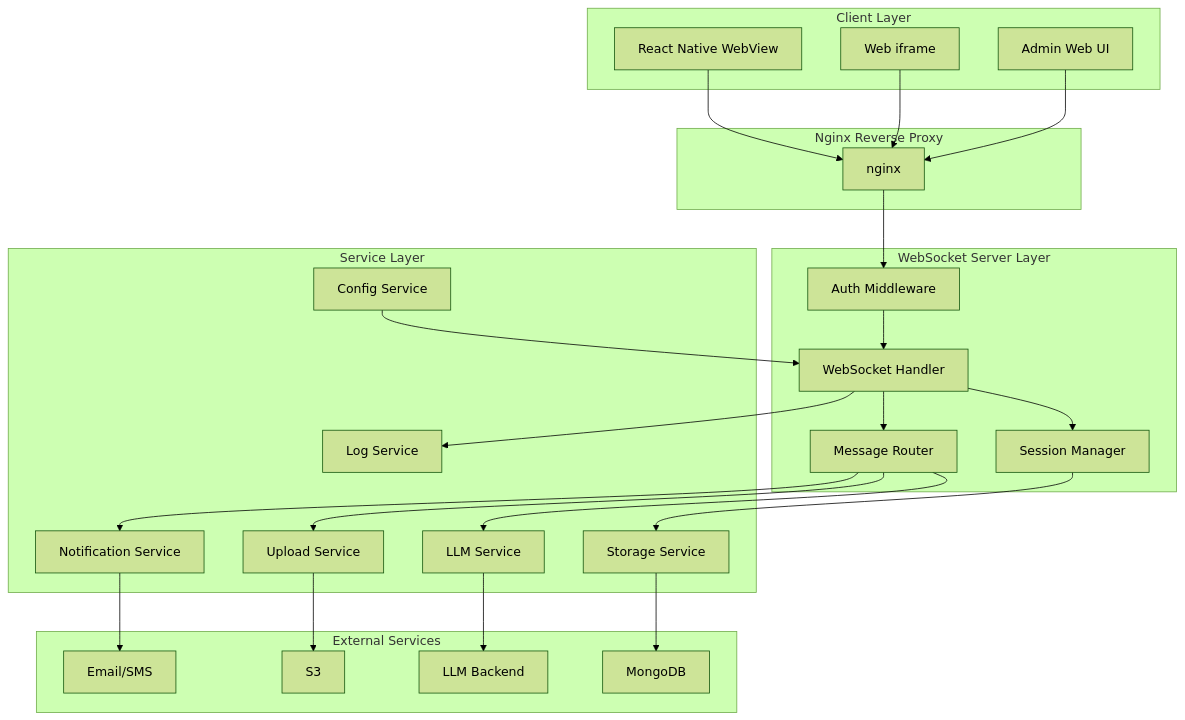
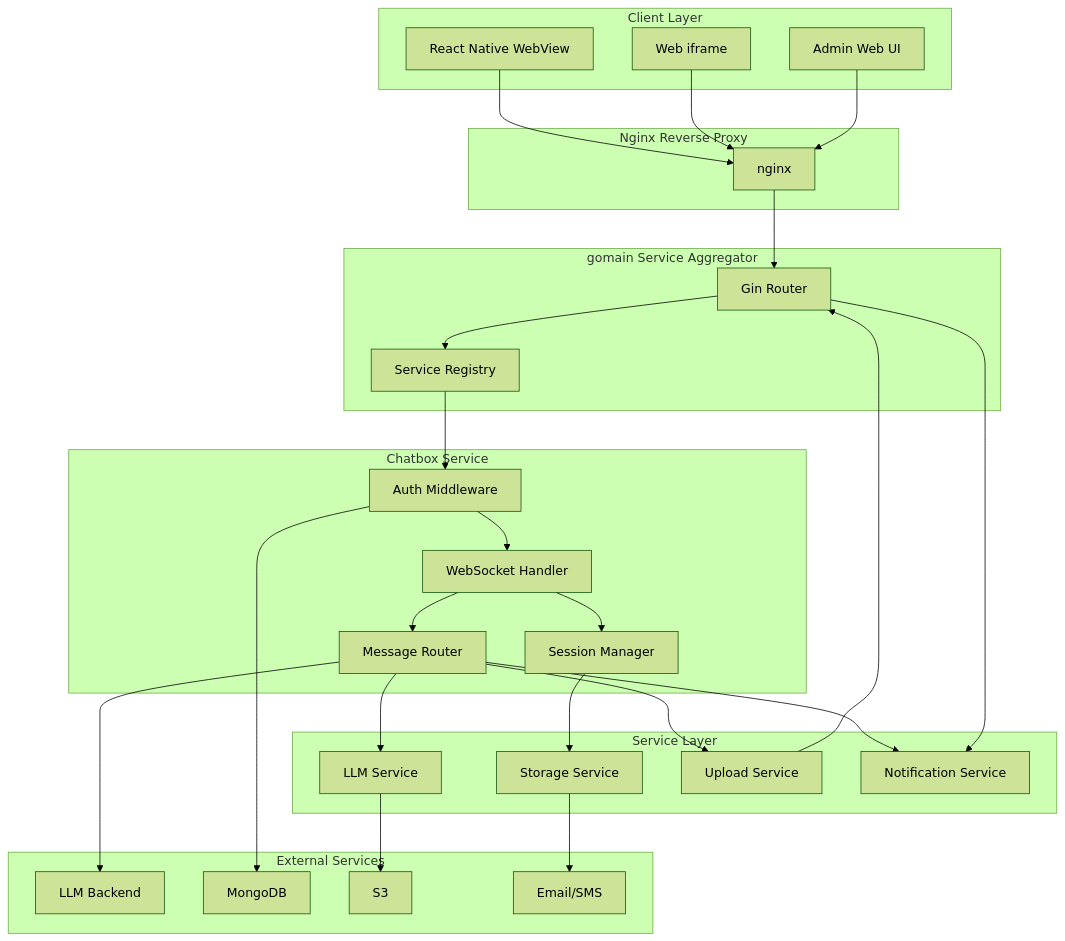
One commit to real-rm/chatbox changed the diagram in .kiro/specs/chat-application-websocket/design.md. Above: the diagram before and after it, drawn with Mermaid (forest theme). The commit also changed other lines of this file and 49 other files, not shown here.

````diff
--- a/.kiro/specs/chat-application-websocket/design.md
+++ b/.kiro/specs/chat-application-websocket/design.md
@@ -20,53 +60,58 @@
 ```mermaid
 graph TB
     subgraph "Client Layer"
         A[React Native WebView]
         B[Web iframe]
         C[Admin Web UI]
     end
     
     subgraph "Nginx Reverse Proxy"
         D[nginx]
     end
     
-    subgraph "WebSocket Server Layer"
-        E[WebSocket Handler]
-        F[Session Manager]
-        G[Message Router]
-        H[Auth Middleware]
+    subgraph "gomain Service Aggregator"
+        E[Gin Router]
+        F[Service Registry]
+    end
+    
+    subgraph "Chatbox Service"
+        G[WebSocket Handler]
+        H[Session Manager]
+        I[Message Router]
+        J[Auth Middleware]
     end
     
     subgraph "Service Layer"
-        I[LLM Service]
-        J[Storage Service]
-        K[Upload Service]
-        L[Notification Service]
-        M[Config Service]
-        N[Log Service]
+        K[LLM Service]
+        L[Storage Service]
+        M[Upload Service]
+        N[Notification Service]
     end
     
     subgraph "External Services"
         O[LLM Backend]
         P[MongoDB]
         Q[S3]
         R[Email/SMS]
     end
     
     A --> D
     B --> D
     C --> D
-    D --> H
-    H --> E
+    D --> E
     E --> F
-    E --> G
     F --> J
+    J --> G
+    G --> H
     G --> I
-    G --> K
-    G --> L
+    H --> L
+    I --> K
+    I --> M
+    I --> N
     I --> O
     J --> P
     K --> Q
     L --> R
     E --> N
     M --> E
 ```
````
